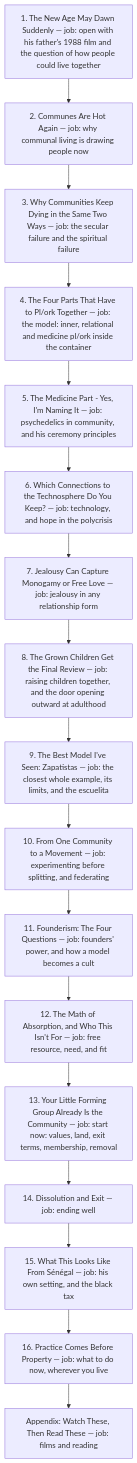
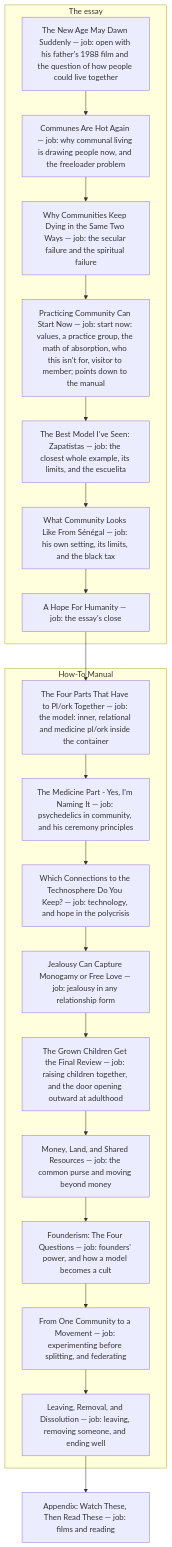
One commit to u-dont-existDOTcom/joel-articles changed the first of 2 diagrams in articles/intentional-communities/ARCHITECTURE.md. Above: the diagram before and after it, drawn with Mermaid. The commit also changed other lines of this file and 31 other files, not shown here.

First line of the commit message:
Joel 2026-10-25 00:27: community recheck read Human (0 of 72 AI), forecast scored, copy helper for his post, new version promoted to master, map redrawn; lesson E261

````diff
--- a/articles/intentional-communities/ARCHITECTURE.md
+++ b/articles/intentional-communities/ARCHITECTURE.md
@@ -11,22 +15,26 @@
 ```mermaid
 flowchart TD
-    s1["1. The New Age May Dawn Suddenly — job: open with his father's 1988 film and the question of how people could live together"]
-    s2["2. Communes Are Hot Again — job: why communal living is drawing people now"]
-    s3["3. Why Communities Keep Dying in the Same Two Ways — job: the secular failure and the spiritual failure"]
-    s4["4. The Four Parts That Have to Pl/ork Together — job: the model: inner, relational and medicine pl/ork inside the container"]
-    s5["5. The Medicine Part - Yes, I'm Naming It — job: psychedelics in community, and his ceremony principles"]
-    s6["6. Which Connections to the Technosphere Do You Keep? — job: technology, and hope in the polycrisis"]
-    s7["7. Jealousy Can Capture Monogamy or Free Love — job: jealousy in any relationship form"]
-    s8["8. The Grown Children Get the Final Review — job: raising children together, and the door opening outward at adulthood"]
-    s9["9. The Best Model I've Seen: Zapatistas — job: the closest whole example, its limits, and the escuelita"]
-    s10["10. From One Community to a Movement — job: experimenting before splitting, and federating"]
-    s11["11. Founderism: The Four Questions — job: founders' power, and how a model becomes a cult"]
-    s12["12. The Math of Absorption, and Who This Isn't For — job: free resource, need, and fit"]
-    s13["13. Your Little Forming Group Already Is the Community — job: start now: values, land, exit terms, membership, removal"]
-    s14["14. Dissolution and Exit — job: ending well"]
-    s15["15. What This Looks Like From Sénégal — job: his own setting, and the black tax"]
-    s16["16. Practice Comes Before Property — job: what to do now, wherever you live"]
+    subgraph essay["The essay"]
+        e1["The New Age May Dawn Suddenly — job: open with his father's 1988 film and the question of how people could live together"]
+        e2["Communes Are Hot Again — job: why communal living is drawing people now, and the freeloader problem"]
+        e3["Why Communities Keep Dying in the Same Two Ways — job: the secular failure and the spiritual failure"]
+        e4["Practicing Community Can Start Now — job: start now: values, a practice group, the math of absorption, who this isn't for, visitor to member; points down to the manual"]
+        e5["The Best Model I've Seen: Zapatistas — job: the closest whole example, its limits, and the escuelita"]
+        e6["What Community Looks Like From Sénégal — job: his own setting, its limits, and the black tax"]
+        e7["A Hope For Humanity — job: the essay's close"]
+    end
+    subgraph manual["How-To Manual"]
+        m1["The Four Parts That Have to Pl/ork Together — job: the model: inner, relational and medicine pl/ork inside the container"]
+        m2["The Medicine Part - Yes, I'm Naming It — job: psychedelics in community, and his ceremony principles"]
+        m3["Which Connections to the Technosphere Do You Keep? — job: technology, and hope in the polycrisis"]
+        m4["Jealousy Can Capture Monogamy or Free Love — job: jealousy in any relationship form"]
+        m5["The Grown Children Get the Final Review — job: raising children together, and the door opening outward at adulthood"]
+        m6["Money, Land, and Shared Resources — job: the common purse and moving beyond money"]
+        m7["Founderism: The Four Questions — job: founders' power, and how a model becomes a cult"]
+        m8["From One Community to a Movement — job: experimenting before splitting, and federating"]
+        m9["Leaving, Removal, and Dissolution — job: leaving, removing someone, and ending well"]
+    end
     app["Appendix: Watch These, Then Read These — job: films and reading"]
 
-    s1 --> s2 --> s3 --> s4 --> s5 --> s6 --> s7 --> s8 --> s9 --> s10 --> s11 --> s12 --> s13 --> s14 --> s15 --> s16 --> app
+    e1 --> e2 --> e3 --> e4 --> e5 --> e6 --> e7 --> m1 --> m2 --> m3 --> m4 --> m5 --> m6 --> m7 --> m8 --> m9 --> app
 ```
````
